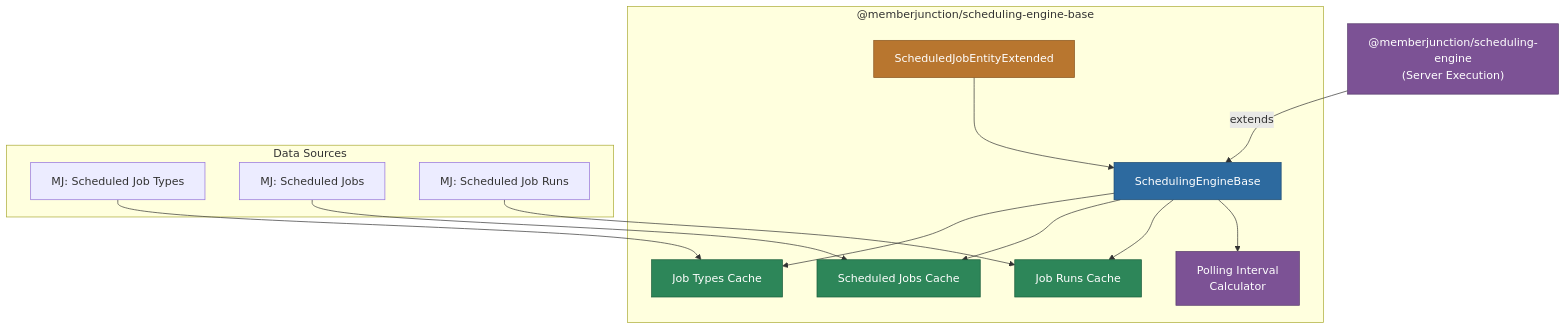
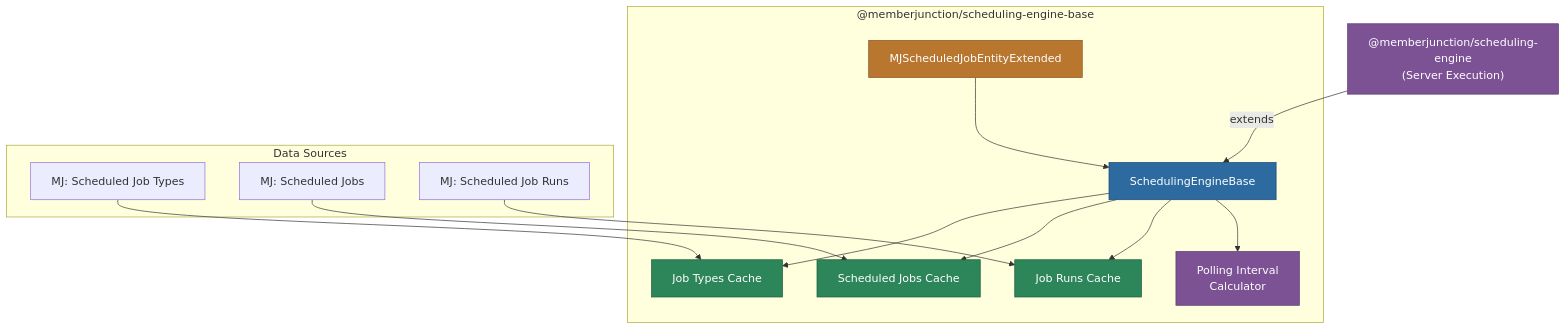
Before and after one commit to MemberJunction/MJ: the first of 2 diagrams in packages/Scheduling/base-engine/README.md, drawn with Mermaid. The commit also changed other lines of this file and 246 other files, not shown here.

````diff
--- a/packages/Scheduling/base-engine/README.md
+++ b/packages/Scheduling/base-engine/README.md
@@ -7,30 +7,30 @@
 ```mermaid
 graph TD
     subgraph "@memberjunction/scheduling-engine-base"
         A[SchedulingEngineBase] --> B[Job Types Cache]
         A --> C[Scheduled Jobs Cache]
         A --> D[Job Runs Cache]
         A --> E[Polling Interval<br/>Calculator]
-        F[ScheduledJobEntityExtended] --> A
+        F[MJScheduledJobEntityExtended] --> A
     end
 
     subgraph "Data Sources"
         G["MJ: Scheduled Job Types"]
         H["MJ: Scheduled Jobs"]
         I["MJ: Scheduled Job Runs"]
     end
 
     G --> B
     H --> C
     I --> D
 
     J["@memberjunction/scheduling-engine<br/>(Server Execution)"] -->|extends| A
 
     style A fill:#2d6a9f,stroke:#1a4971,color:#fff
     style B fill:#2d8659,stroke:#1a5c3a,color:#fff
     style C fill:#2d8659,stroke:#1a5c3a,color:#fff
     style D fill:#2d8659,stroke:#1a5c3a,color:#fff
     style E fill:#7c5295,stroke:#563a6b,color:#fff
     style F fill:#b8762f,stroke:#8a5722,color:#fff
     style J fill:#7c5295,stroke:#563a6b,color:#fff
 ```
````
